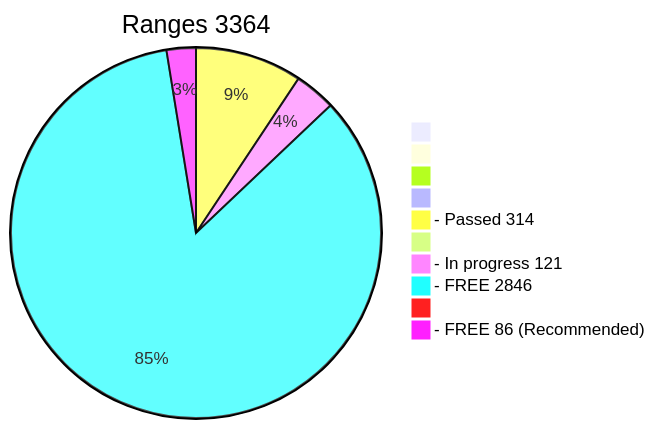
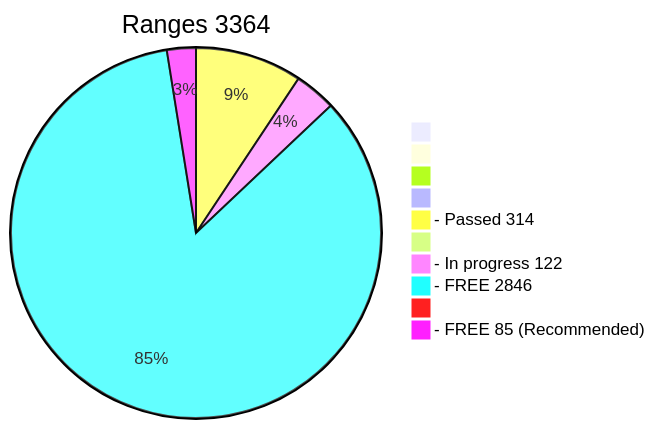
The diagram in x64/Release/table.md (phrutis/wif500), drawn with Mermaid before and after one commit. The commit also changed other lines of this file, not shown here.

````diff
--- a/x64/Release/table.md
+++ b/x64/Release/table.md
@@ -2,13 +2,13 @@
 ```mermaid
 pie title Ranges 3364
   " " : 0
   "  " : 0
   "   " : 0
   "    " : 0
   "- Passed 314" : 314
   "     " : 0
-  "- In progress 121" : 121
+  "- In progress 122" : 122
   "- FREE 2846" : 2846
   "      " : 0
-  "- FREE 86 (Recommended)" : 86
+  "- FREE 85 (Recommended)" : 85
 ```
````
